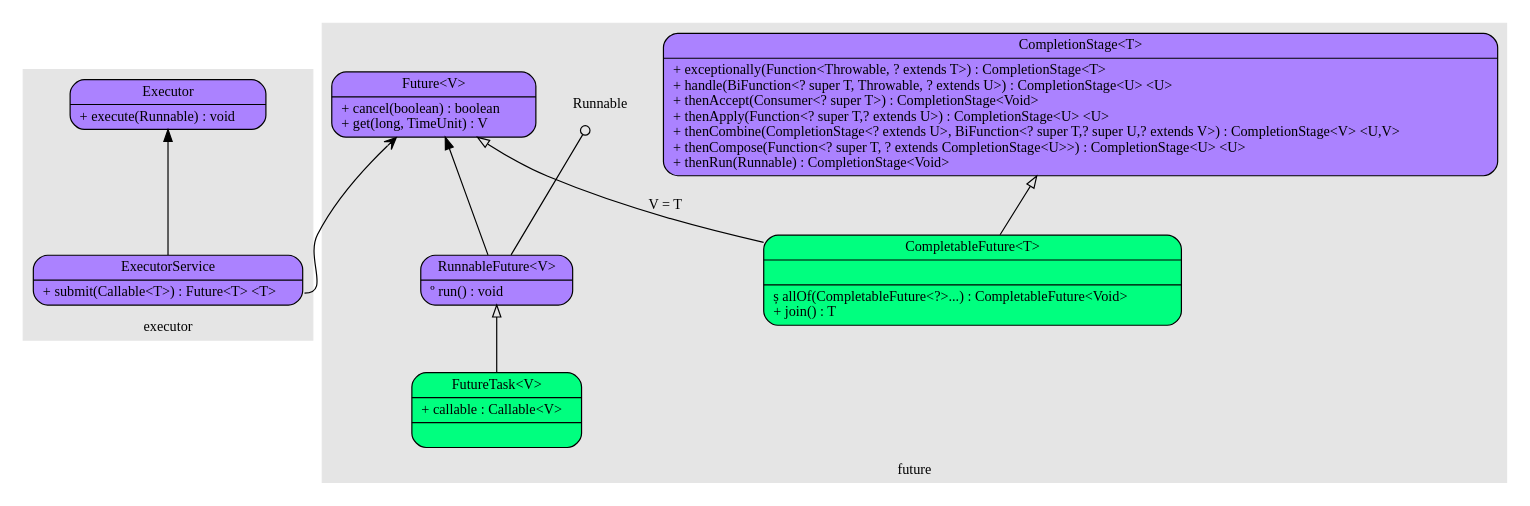
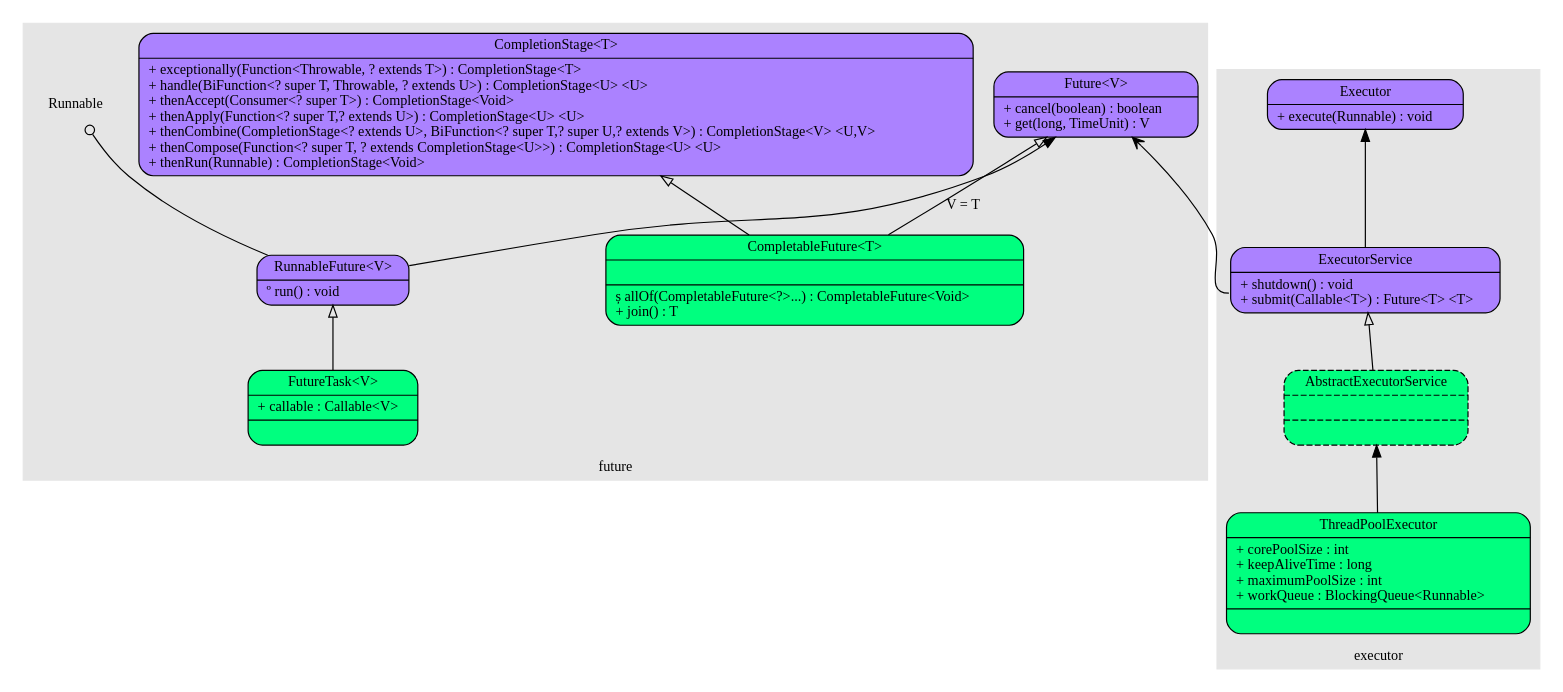
The diagram in Java/concurrent.dot (chris0103/spider-net), drawn with Graphviz before and after one commit.

```diff
--- a/Java/concurrent.dot
+++ b/Java/concurrent.dot
@@ -1,60 +1,64 @@
 digraph concurrent {
 	rankdir = BT;
     fontname = "Verdana";
     fontsize = 12;
     node [fontname = "Verdana", fontsize = 12, shape = "record"];
     edge [fontname = "Verdana", fontsize = 12];
 	
 	subgraph cluster25 {
 		label = "executor";
 		style = filled;
 		color = grey90;
+		AbstractExecutorService [label = "{<f0>AbstractExecutorService||}", style = "rounded, filled, dashed", fillcolor = "springgreen"];
 		Executor [label = "{<f0>Executor|<f2>+ execute(Runnable) : void\l}", style = "rounded, filled", fillcolor = "mediumpurple1"];
-		ExecutorService [label = "{<f0>ExecutorService|<f2>+ submit(Callable&lt;T&gt;) : Future&lt;T&gt; &lt;T&gt;\l}", style = "rounded, filled", fillcolor = "mediumpurple1"];
+		ExecutorService [label = "{<f0>ExecutorService|<f2>+ shutdown() : void\l+ submit(Callable&lt;T&gt;) : Future&lt;T&gt; &lt;T&gt;\l}", style = "rounded, filled", fillcolor = "mediumpurple1"];
+		ThreadPoolExecutor [label = "{<f0>ThreadPoolExecutor|<f1>+ corePoolSize : int\l+ keepAliveTime : long\l+ maximumPoolSize : int\l+ workQueue : BlockingQueue&lt;Runnable&gt;\l|}", style = "rounded, filled", fillcolor = "springgreen"];
 	}
 	
 	subgraph cluster50 {
 		label = "future";
 		style = filled;
 		color = grey90;
 		CompletableFuture [label = "{<f0>CompletableFuture&lt;T&gt;||<f2>&#537; allOf(CompletableFuture&lt;?&gt;...) : CompletableFuture&lt;Void&gt;\l+ join() : T\l}", style = "rounded, filled", fillcolor = "springgreen"];
 		CompletionStage [label = "{<f0>CompletionStage&lt;T&gt;|<f2>+ exceptionally(Function&lt;Throwable, ? extends T&gt;) : CompletionStage&lt;T&gt;\l+ handle(BiFunction&lt;? super T, Throwable, ? extends U&gt;) : CompletionStage&lt;U&gt; &lt;U&gt;\l+ thenAccept(Consumer&lt;? super T&gt;) : CompletionStage&lt;Void&gt; \l+ thenApply(Function&lt;? super T,? extends U&gt;) : CompletionStage&lt;U&gt; &lt;U&gt;\l+ thenCombine(CompletionStage&lt;? extends U&gt;, BiFunction&lt;? super T,? super U,? extends V&gt;) : CompletionStage&lt;V&gt; &lt;U,V&gt;\l+ thenCompose(Function&lt;? super T, ? extends CompletionStage&lt;U&gt;&gt;) : CompletionStage&lt;U&gt; &lt;U&gt;\l+ thenRun(Runnable) : CompletionStage&lt;Void&gt; \l}", style = "rounded, filled", fillcolor = "mediumpurple1"];
 		Future [label = "{<f0>Future&lt;V&gt;|<f2>+ cancel(boolean) : boolean\l+ get(long, TimeUnit) : V\l}", style = "rounded, filled", fillcolor = "mediumpurple1"];
 		FutureTask [label = "{<f0>FutureTask&lt;V&gt;|<f1>+ callable : Callable&lt;V&gt;\l|}", style = "rounded, filled", fillcolor = "springgreen"];
 		Runnable [shape = "plaintext", label = "Runnable"];
 		RunnableFuture [label = "{<f0>RunnableFuture&lt;V&gt;|<f2>&#186; run() : void\l}", style = "rounded, filled", fillcolor = "mediumpurple1"];
 	}
 	
 	/*
 	subgraph cluster00 {
 		label = "";
 		style = filled;
 		color = grey90;
 	}
 	
 	// item_name [label = "item_lable", style = "filled", fillcolor = "palegreen"];
 	// record_name [shape = "record", label = "{{<f0>interface|{<f10>(other implementers)}}|(other methods)}"];
 	// interface_minor [shape = "plaintext", label = "Interface_minor"];
 	// interface [label = "{<f0>Interface|<f2>+ method() : return_type\l}", style = "rounded, filled", fillcolor = "mediumpurple1"];
 	// abstract_class [label = "{<f0>Abstract_Class|<f1>+ field1 : type\l+ field2 : type\l|<f2>&#170; abstract_method() : return_type\l&#537; static_method() : return_type\l+ method() : return_type\l}", style = "rounded, filled, dashed", fillcolor = "springgreen"];
 	// class [label = "{<f0>Class|<f1>+ field1 : type\l+ field2 : type\l&#10765; final_field : type\l&#537; static_field : type\l|<f2>+ method() : return_type\l&#537; static_method() : return_type\l&#186; overriden_method() : return_type\l}", style = "rounded, filled", fillcolor = "springgreen"];	
 	*/
 	
 	// item_foo -> item_bar;
 	
 	// Implementation -> Interface [arrowhead = "empty"];
 	// Subclass -> Class;	
 	// Referer -> Referee [arrowhead = "vee"];
 	// Implementation -> InterfaceMinor [arrowhead = "odot"];	
 	
 	// future
 	CompletableFuture -> Future [arrowhead = "empty", label = "V = T"];
 	CompletableFuture -> CompletionStage [arrowhead = "empty"];
 	RunnableFuture -> Future;
 	RunnableFuture -> Runnable [arrowhead = "odot"];
 	FutureTask -> RunnableFuture [arrowhead = "empty"];
 	
 	// executor
 	ExecutorService -> Executor;
 	ExecutorService:f2 -> Future [arrowhead = "vee"];
+	AbstractExecutorService -> ExecutorService [arrowhead = "empty"];
+	ThreadPoolExecutor -> AbstractExecutorService;
 }
```
